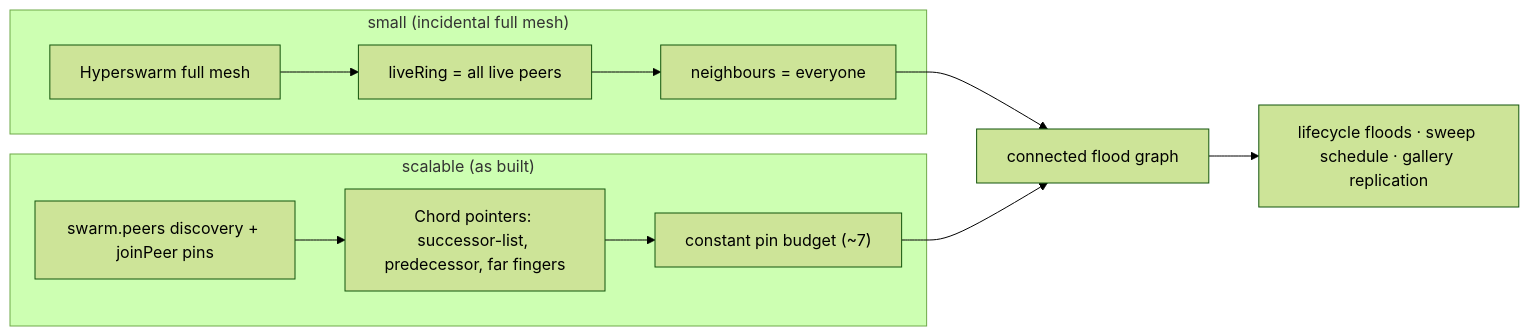
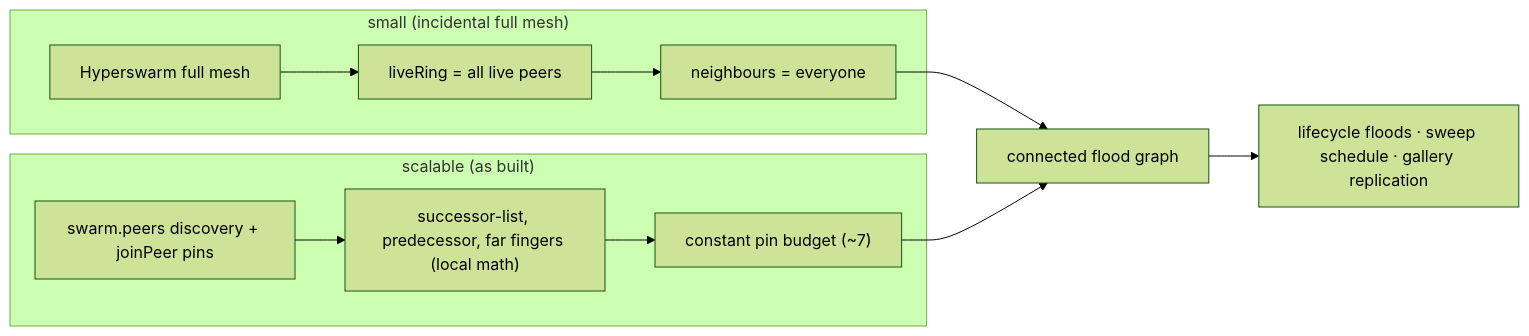
One commit to mnaamani/hyper-wave changed the diagram in docs/scalable-topology.md. Above: the diagram before and after it, drawn with Mermaid (forest theme). The commit also changed other lines of this file and 7 other files, not shown here.

````diff
--- a/docs/scalable-topology.md
+++ b/docs/scalable-topology.md
@@ -190,12 +191,12 @@
 ```mermaid
 flowchart LR
   subgraph Now["small (incidental full mesh)"]
     A1["Hyperswarm full mesh"] --> A2["liveRing = all live peers"] --> A3["neighbours = everyone"]
   end
   subgraph Next["scalable (as built)"]
-    B1["swarm.peers discovery + joinPeer pins"] --> B2["Chord pointers: successor-list, predecessor, far fingers"] --> B3["constant pin budget (~7)"]
+    B1["swarm.peers discovery + joinPeer pins"] --> B2["successor-list, predecessor, far fingers (local math)"] --> B3["constant pin budget (~7)"]
   end
   A3 --> Seam["connected flood graph"]
   B3 --> Seam
   Seam --> Wave["lifecycle floods · sweep schedule · gallery replication"]
 ```
````
